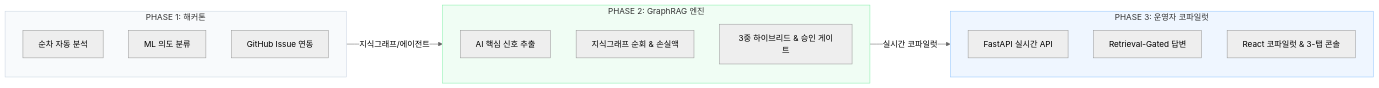
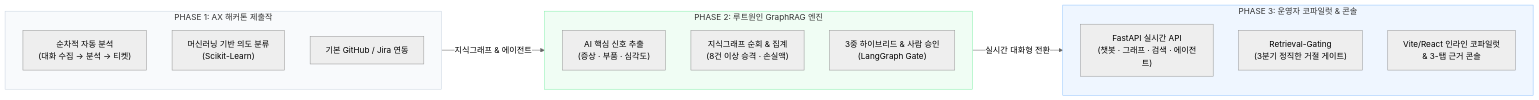
Before and after one commit to kanziman/channel-voc-demo: the first of 4 diagrams in README.md, drawn with Mermaid (neutral theme). The commit also changed other lines of this file, not shown here.

Commit message:
docs(readme): restore full diagram text details with compact horizontal rendering layout

````diff
--- a/README.md
+++ b/README.md
@@ -28,31 +28,31 @@
 ```mermaid
 flowchart LR
-    subgraph Phase1 ["PHASE 1: 해커톤"]
+    subgraph Phase1 ["PHASE 1: AX 해커톤 제출작"]
         direction TB
-        P1_1["순차 자동 분석"]
-        P1_2["ML 의도 분류"]
-        P1_3["GitHub Issue 연동"]
+        P1_1["순차적 자동 분석\n(대화 수집 → 분석 → 티켓)"]
+        P1_2["머신러닝 기반 의도 분류\n(Scikit-Learn)"]
+        P1_3["기본 GitHub / Jira 연동"]
     end
 
-    Phase1 -->|"지식그래프/에이전트"| Phase2
+    Phase1 -->|"지식그래프 & 에이전트"| Phase2
 
-    subgraph Phase2 ["PHASE 2: GraphRAG 엔진"]
+    subgraph Phase2 ["PHASE 2: 루트원인 GraphRAG 엔진"]
         direction TB
-        P2_1["AI 핵심 신호 추출"]
-        P2_2["지식그래프 순회 & 손실액"]
-        P2_3["3중 하이브리드 & 승인 게이트"]
+        P2_1["AI 핵심 신호 추출\n(증상 · 부품 · 심각도)"]
+        P2_2["지식그래프 순회 & 집계\n(8건 이상 승격 · 손실액)"]
+        P2_3["3중 하이브리드 & 사람 승인\n(LangGraph Gate)"]
     end
 
-    Phase2 -->|"실시간 코파일럿"| Phase3
+    Phase2 -->|"실시간 대화형 전환"| Phase3
 
-    subgraph Phase3 ["PHASE 3: 운영자 코파일럿"]
+    subgraph Phase3 ["PHASE 3: 운영자 코파일럿 & 콘솔"]
         direction TB
-        P3_1["FastAPI 실시간 API"]
-        P3_2["Retrieval-Gated 답변"]
-        P3_3["React 코파일럿 & 3-탭 콘솔"]
+        P3_1["FastAPI 실시간 API\n(챗봇 · 그래프 · 검색 · 에이전트)"]
+        P3_2["Retrieval-Gating\n(3분기 정직한 거절 게이트)"]
+        P3_3["Vite/React 인라인 코파일럿\n& 3-탭 근거 콘솔"]
     end
 
     style Phase1 fill:#f8fafc,stroke:#cbd5e1
     style Phase2 fill:#f0fdf4,stroke:#86efac
     style Phase3 fill:#eff6ff,stroke:#93c5fd
 ```
````
